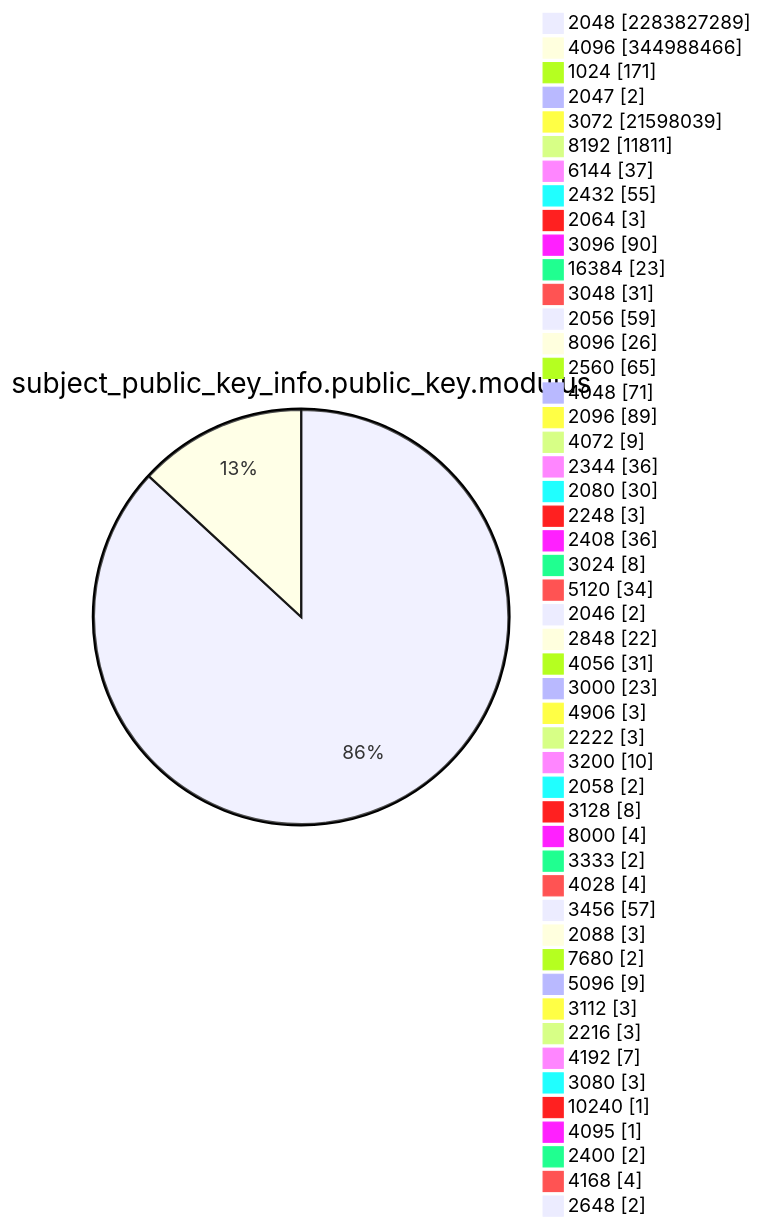
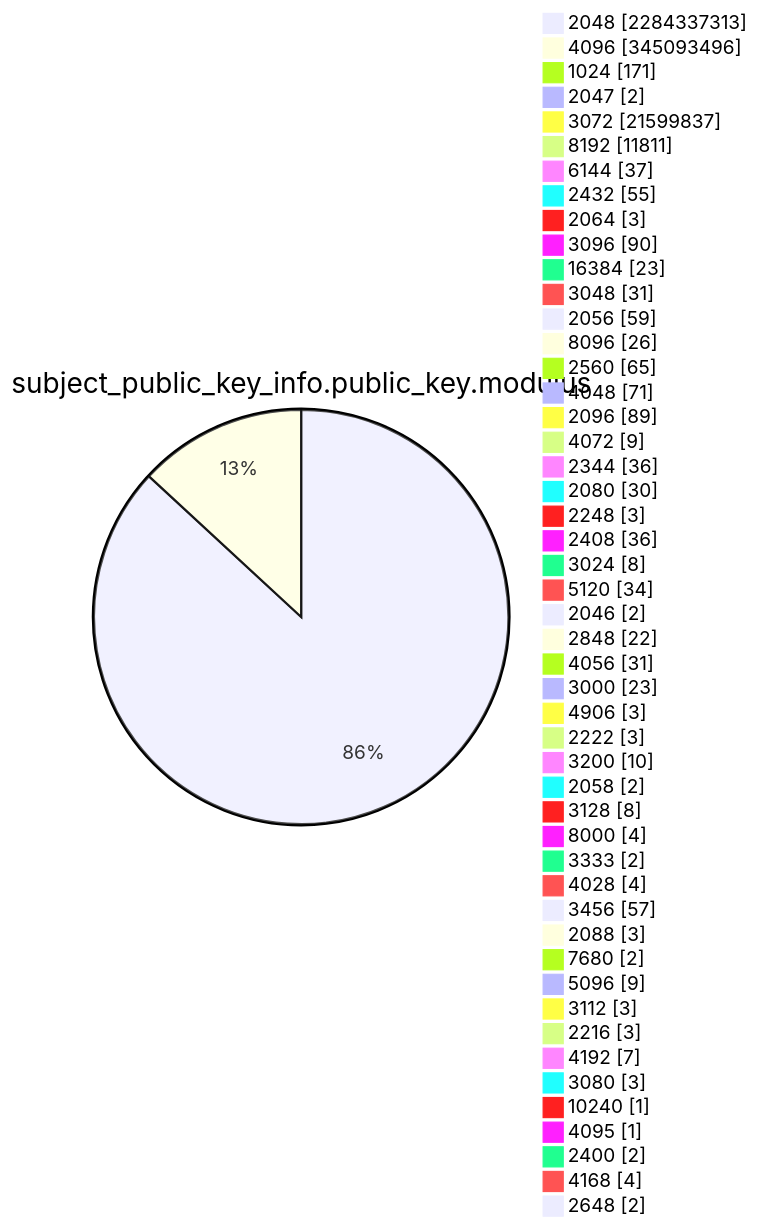
Before and after one commit to christiankrug/ctmonitor_visualization: diagram 13 of 15 in TOTAL/README.md, drawn with Mermaid. The commit also changed other lines of this file, not shown here.

````diff
--- a/TOTAL/README.md
+++ b/TOTAL/README.md
@@ -4167,53 +4167,53 @@
 ```mermaid
 pie showData
 title subject_public_key_info.public_key.modulus
-"2048" :2283827289
-"4096" :344988466
+"2048" :2284337313
+"4096" :345093496
 "1024" :171
 "2047" :2
-"3072" :21598039
+"3072" :21599837
 "8192" :11811
 "6144" :37
 "2432" :55
 "2064" :3
 "3096" :90
 "16384" :23
 "3048" :31
 "2056" :59
 "8096" :26
 "2560" :65
 "4048" :71
 "2096" :89
 "4072" :9
 "2344" :36
 "2080" :30
 "2248" :3
 "2408" :36
 "3024" :8
 "5120" :34
 "2046" :2
 "2848" :22
 "4056" :31
 "3000" :23
 "4906" :3
 "2222" :3
 "3200" :10
 "2058" :2
 "3128" :8
 "8000" :4
 "3333" :2
 "4028" :4
 "3456" :57
 "2088" :3
 "7680" :2
 "5096" :9
 "3112" :3
 "2216" :3
 "4192" :7
 "3080" :3
 "10240" :1
 "4095" :1
 "2400" :2
 "4168" :4
 "2648" :2
 ```
````
